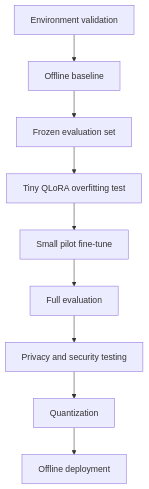
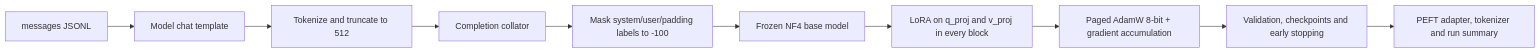
One commit to Kuvox-stud-cmc/Viemmo changed diagram 12 of 13 in README.md. Above: the diagram before and after it, drawn with Mermaid. The commit also changed other lines of this file, not shown here.

````diff
--- a/README.md
+++ b/README.md
@@ -259,11 +425,12 @@
 ```mermaid
-flowchart TD
-    A[Environment validation] --> B[Offline baseline]
-    B --> C[Frozen evaluation set]
-    C --> D[Tiny QLoRA overfitting test]
-    D --> E[Small pilot fine-tune]
-    E --> F[Full evaluation]
-    F --> G[Privacy and security testing]
-    G --> H[Quantization]
-    H --> I[Offline deployment]
+flowchart LR
+    A["messages JSONL"] --> B["Model chat template"]
+    B --> C["Tokenize and truncate to 512"]
+    C --> D["Completion collator"]
+    D --> E["Mask system/user/padding labels to -100"]
+    E --> F["Frozen NF4 base model"]
+    F --> G["LoRA on q_proj and v_proj in every block"]
+    G --> H["Paged AdamW 8-bit + gradient accumulation"]
+    H --> I["Validation, checkpoints and early stopping"]
+    I --> J["PEFT adapter, tokenizer and run summary"]
 ```
````
